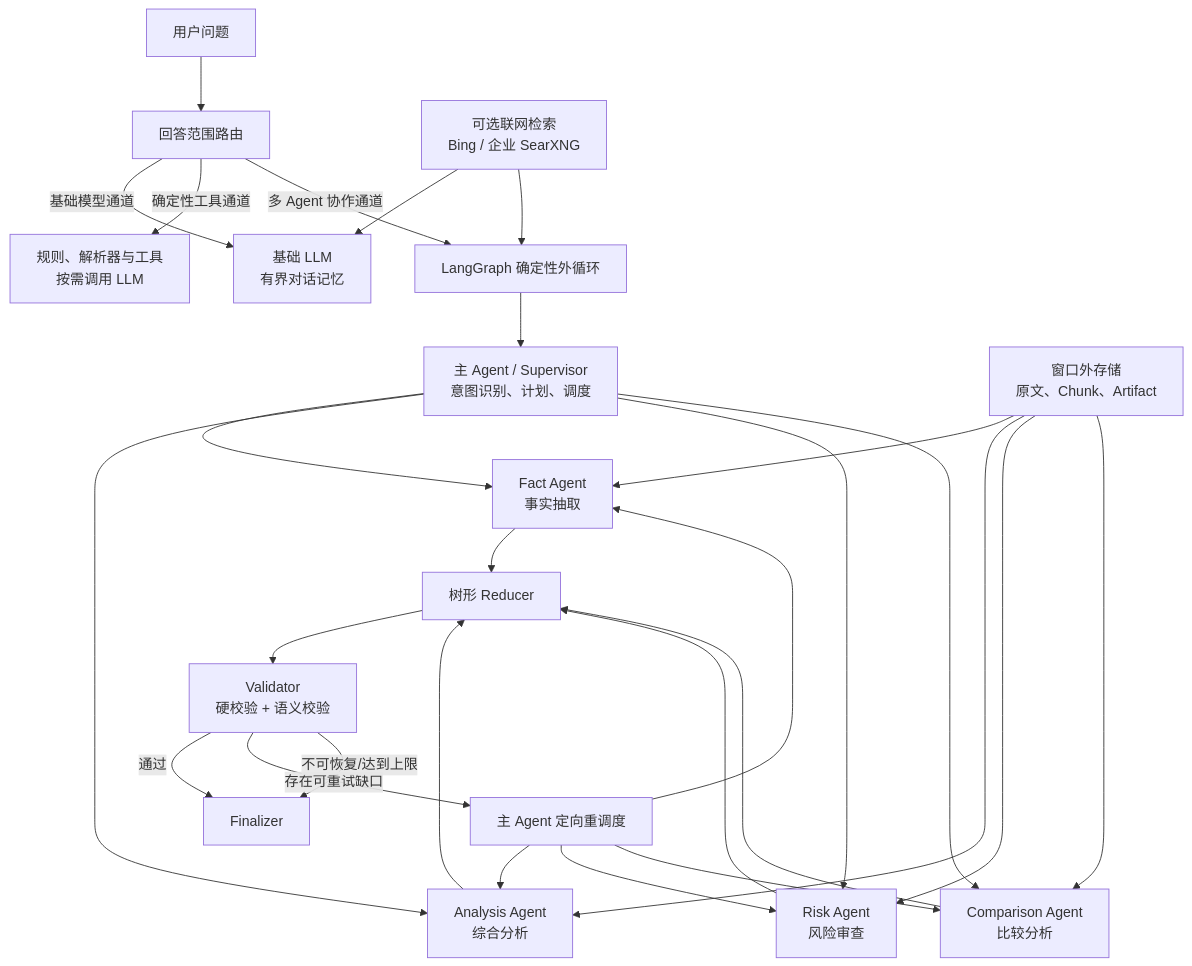
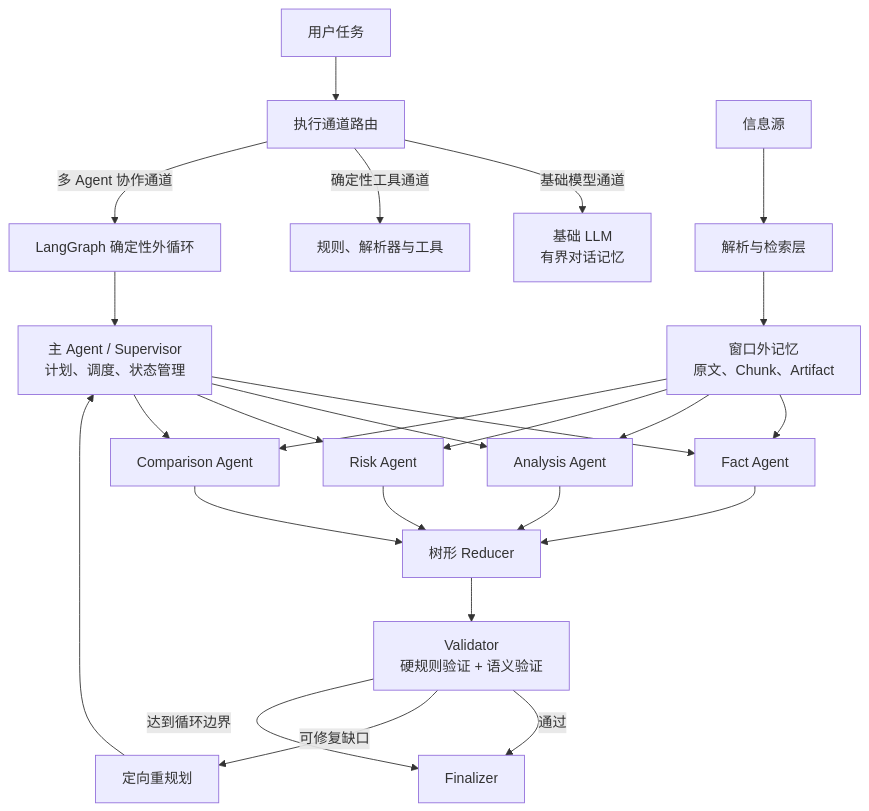
Before and after one commit to chilingche1111-blip/Muti-agent: the diagram in README.md, drawn with Mermaid. The commit also changed other lines of this file, not shown here.

Commit message:
Refocus README on product architecture

````diff
--- a/README.md
+++ b/README.md
@@ -79,35 +52,33 @@
 ```mermaid
 flowchart TD
-    U["用户问题"] --> R["回答范围路由"]
+    U["用户任务"] --> R["执行通道路由"]
 
     R -->|"基础模型通道"| G["基础 LLM\n有界对话记忆"]
-    R -->|"确定性工具通道"| P["规则、解析器与工具\n按需调用 LLM"]
+    R -->|"确定性工具通道"| T["规则、解析器与工具"]
     R -->|"多 Agent 协作通道"| L["LangGraph 确定性外循环"]
 
-    W["可选联网检索\nBing / 企业 SearXNG"] --> G
-    W --> L
+    X["信息源"] --> Q["解析与检索层"]
+    Q --> M["窗口外记忆\n原文、Chunk、Artifact"]
 
-    L --> S["主 Agent / Supervisor\n意图识别、计划、调度"]
-    S --> F["Fact Agent\n事实抽取"]
-    S --> A["Analysis Agent\n综合分析"]
-    S --> K["Risk Agent\n风险审查"]
-    S --> C["Comparison Agent\n比较分析"]
+    L --> S["主 Agent / Supervisor\n计划、调度、状态管理"]
+    S --> F["Fact Agent"]
+    S --> A["Analysis Agent"]
+    S --> K["Risk Agent"]
+    S --> C["Comparison Agent"]
 
-    E["窗口外存储\n原文、Chunk、Artifact"] --> F
-    E --> A
-    E --> K
-    E --> C
+    M --> F
+    M --> A
+    M --> K
+    M --> C
 
     F --> D["树形 Reducer"]
     A --> D
     K --> D
     C --> D
-    D --> V["Validator\n硬校验 + 语义校验"]
+
+    D --> V["Validator\n硬规则验证 + 语义验证"]
     V -->|"通过"| Z["Finalizer"]
-    V -->|"存在可重试缺口"| S2["主 Agent 定向重调度"]
-    S2 --> F
-    S2 --> A
-    S2 --> K
-    S2 --> C
-    V -->|"不可恢复/达到上限"| Z
+    V -->|"可修复缺口"| S2["定向重规划"]
+    S2 --> S
+    V -->|"达到循环边界"| Z
 ```
````
